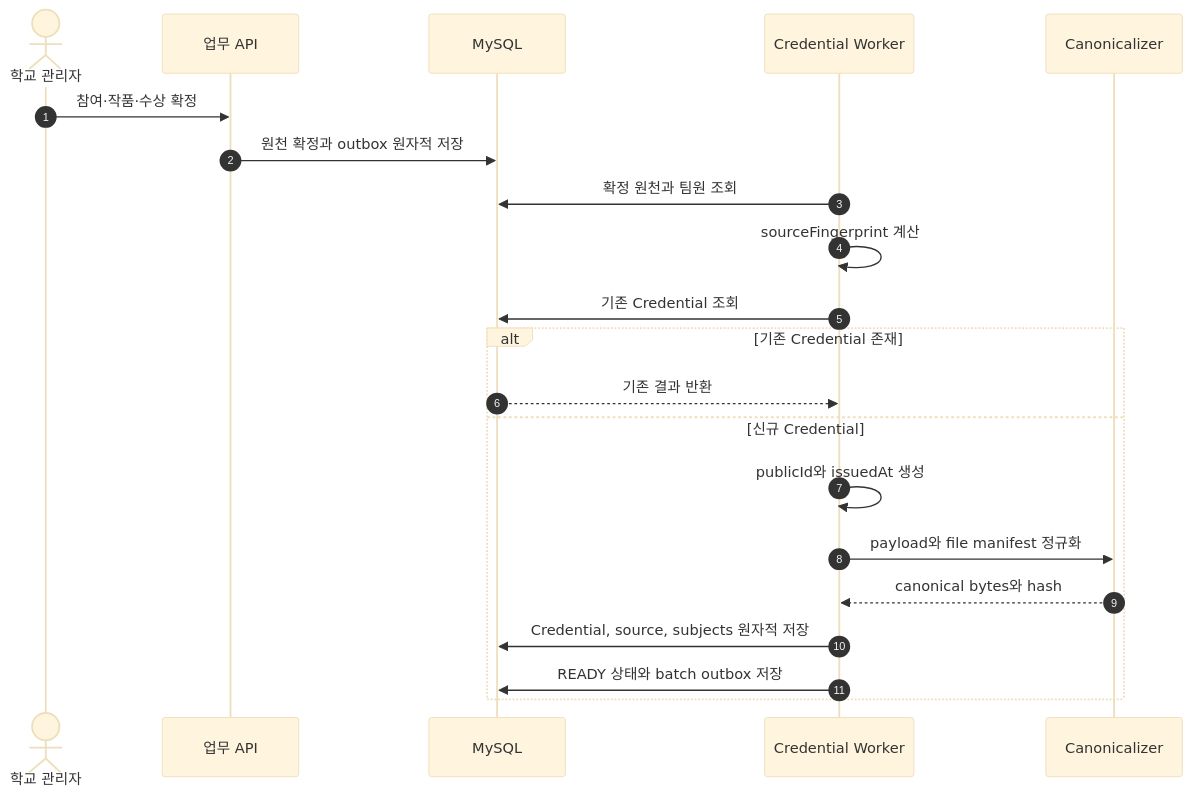
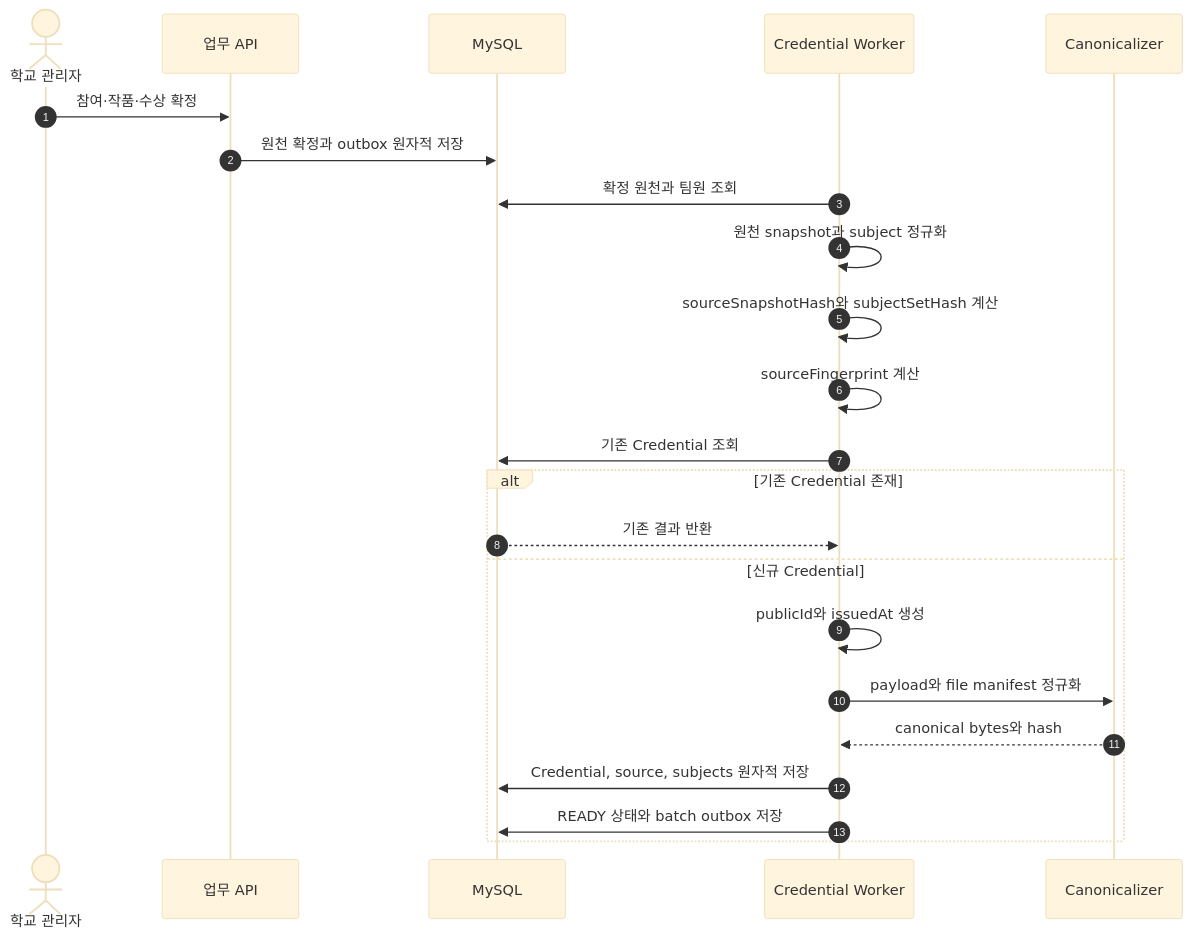
One commit to Tok-Baro/Trekkey_BackEnd changed the tenth of 22 diagrams in docs/architecture-diagrams.md. Above: the diagram before and after it, drawn with Mermaid (base theme). The commit also changed other lines of this file and 5 other files, not shown here.

````diff
--- a/docs/architecture-diagrams.md
+++ b/docs/architecture-diagrams.md
@@ -302,24 +302,26 @@
 ```mermaid
 sequenceDiagram
     autonumber
     actor Admin as 학교 관리자
     participant Domain as 업무 API
     participant DB as MySQL
     participant Worker as Credential Worker
     participant Canon as Canonicalizer
 
     Admin->>Domain: 참여·작품·수상 확정
     Domain->>DB: 원천 확정과 outbox 원자적 저장
     Worker->>DB: 확정 원천과 팀원 조회
+    Worker->>Worker: 원천 snapshot과 subject 정규화
+    Worker->>Worker: sourceSnapshotHash와 subjectSetHash 계산
     Worker->>Worker: sourceFingerprint 계산
     Worker->>DB: 기존 Credential 조회
     alt 기존 Credential 존재
         DB-->>Worker: 기존 결과 반환
     else 신규 Credential
         Worker->>Worker: publicId와 issuedAt 생성
         Worker->>Canon: payload와 file manifest 정규화
         Canon-->>Worker: canonical bytes와 hash
         Worker->>DB: Credential, source, subjects 원자적 저장
         Worker->>DB: READY 상태와 batch outbox 저장
     end
 ```
````
